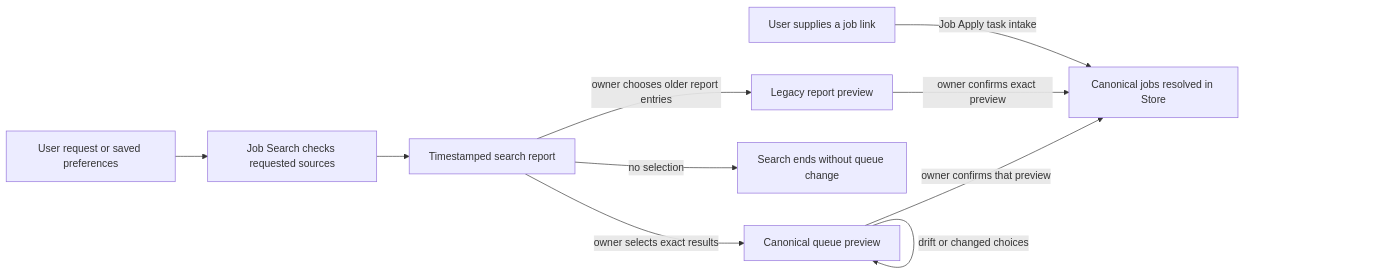
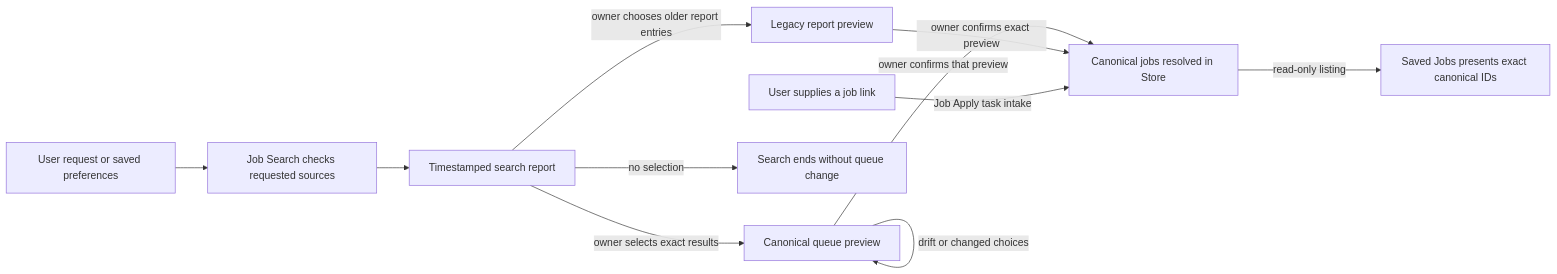
The fourth of 6 diagrams in skills/answer-memory/references/workflow-map.md (neonwatty/job-apply-plugin), drawn with Mermaid before and after one commit. The commit also changed other lines of this file and 12 other files, not shown here.

Commit message:
Add search source guidance and canonical saved jobs skill

````diff
--- a/skills/answer-memory/references/workflow-map.md
+++ b/skills/answer-memory/references/workflow-map.md
@@ -89,12 +90,13 @@
 ```mermaid
 flowchart LR
   Criteria[User request or saved preferences] --> Search[Job Search checks requested sources]
   Search --> Report[Timestamped search report]
   Report -->|owner selects exact results| Preview[Canonical queue preview]
   Preview -->|owner confirms that preview| Queue[Canonical jobs resolved in Store]
   Preview -->|drift or changed choices| Preview
   Report -->|owner chooses older report entries| Legacy[Legacy report preview]
   Legacy -->|owner confirms exact preview| Queue
   Report -->|no selection| End[Search ends without queue change]
+  Queue -->|read-only listing| Saved[Saved Jobs presents exact canonical IDs]
   Direct[User supplies a job link] -->|Job Apply task intake| Queue
 ```
````
